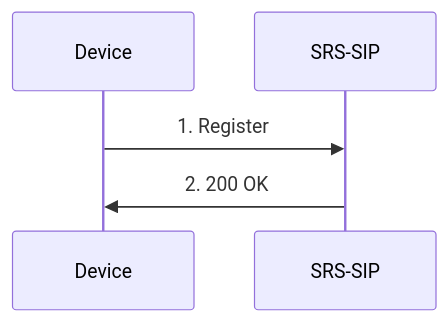
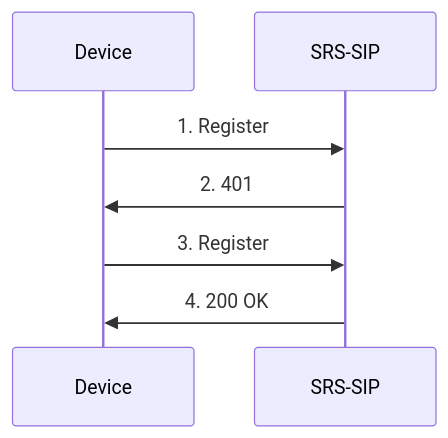
Before and after one commit to ossrs/srs-sip: the first of 2 diagrams in README.md, drawn with Mermaid. The commit also changed other lines of this file, not shown here.

Commit message:
Update README.md with SIP registration authentication flow

````diff
--- a/README.md
+++ b/README.md
@@ -35,5 +35,7 @@
 ```mermaid
 sequenceDiagram
     Device ->> SRS-SIP : 1. Register
-    SRS-SIP ->> Device : 2. 200 OK
+    SRS-SIP ->> Device : 2. 401
+    Device ->> SRS-SIP : 3. Register
+    SRS-SIP ->> Device : 4. 200 OK
 ```
````
